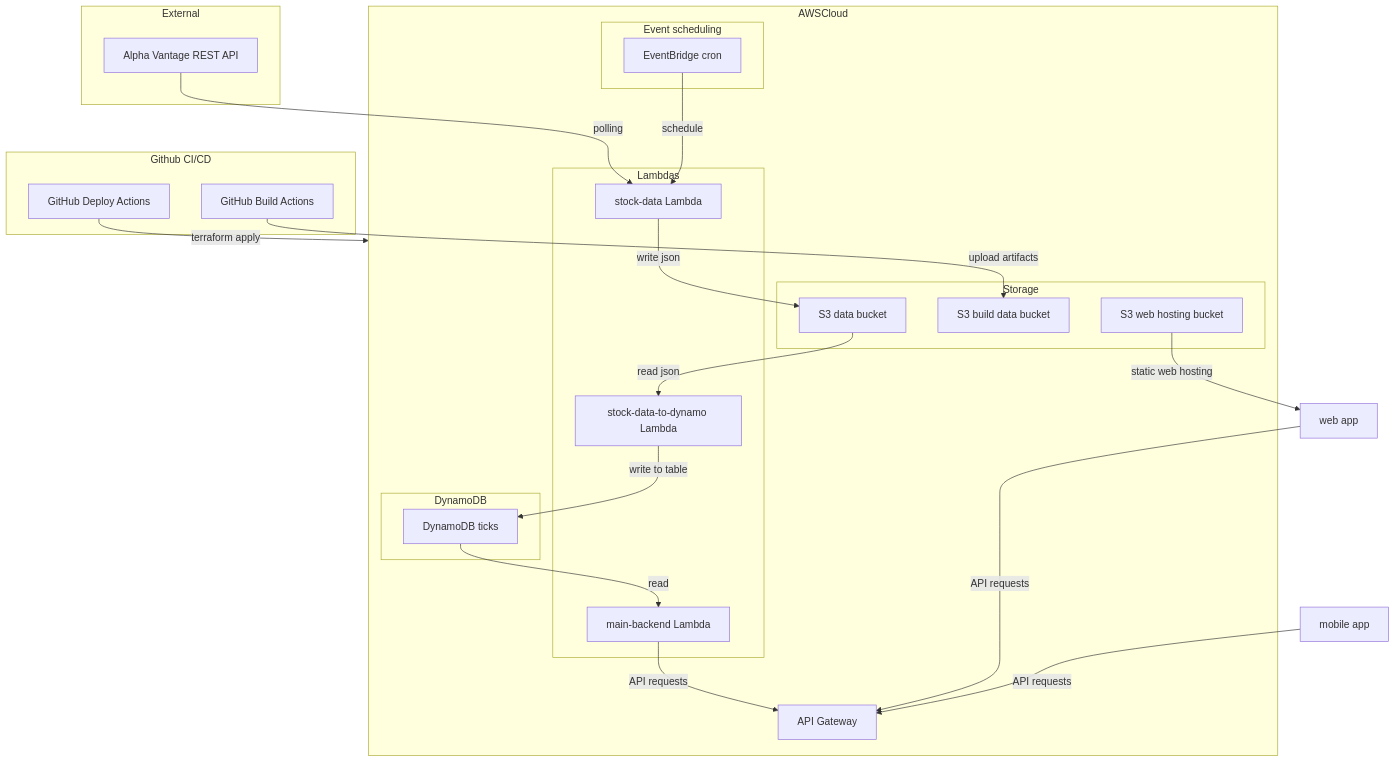
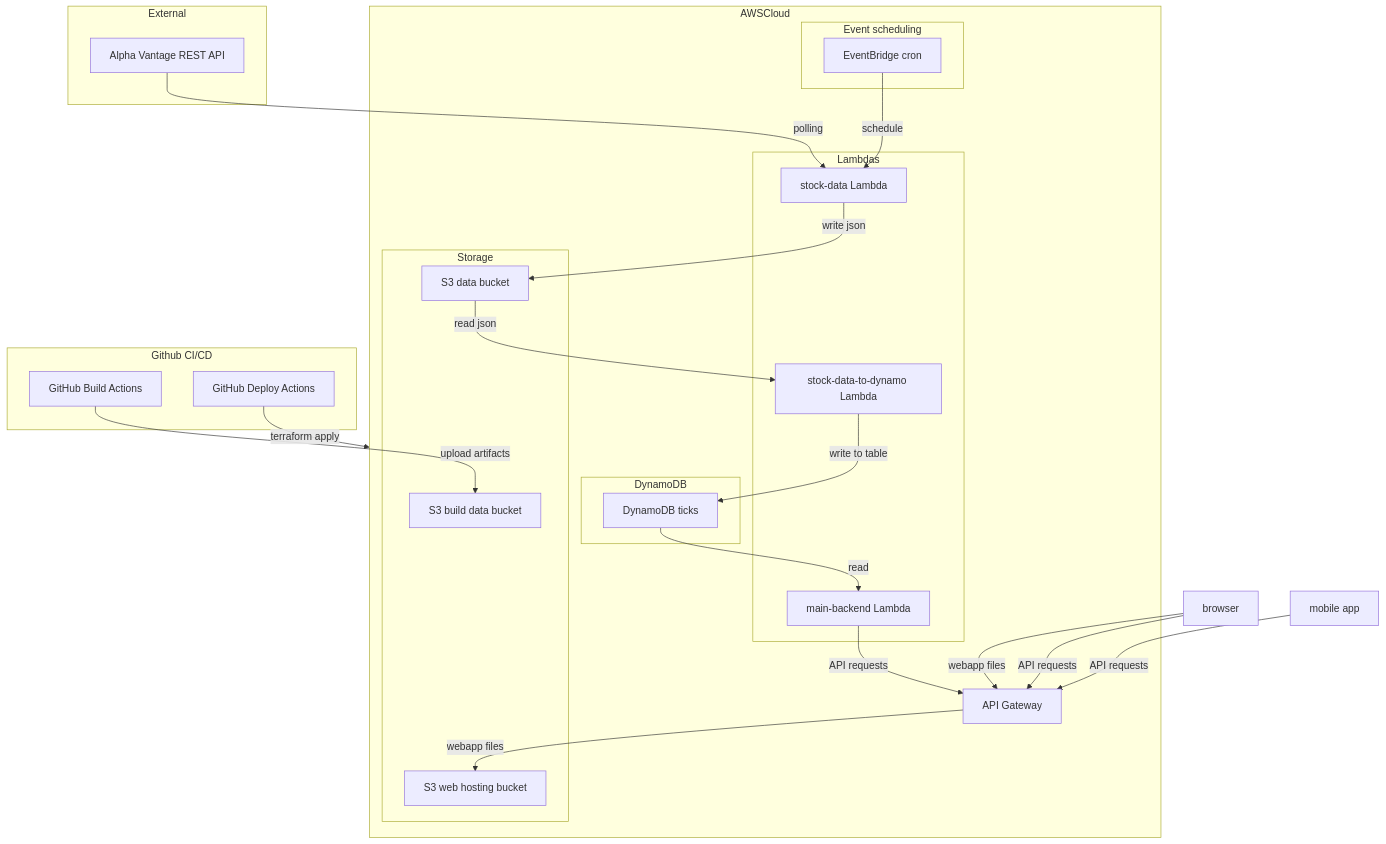
The diagram in profile/README.md (mss-showcase/.github), drawn with Mermaid before and after one commit.

Commit message:
infra diagram update

````diff
--- a/profile/README.md
+++ b/profile/README.md
@@ -25,50 +25,51 @@
 ```mermaid
 flowchart TB
   subgraph "External"
     alpha[Alpha Vantage REST API]
   end
 
   subgraph "AWSCloud"
     subgraph "Event scheduling"
       cron[EventBridge cron]
     end
     
     subgraph "Lambdas"
       stock[stock-data Lambda]
       proc[stock-data-to-dynamo Lambda]
       backend[main-backend Lambda]
     end
 
     subgraph "Storage"
       s3data[S3 data bucket]
       s3build[S3 build data bucket]
 	  s3webhosting[S3 web hosting bucket]
+	  
     end
 
     subgraph "DynamoDB"
       dynamo[DynamoDB ticks]
     end
 
     api[API Gateway]
   end
 
   subgraph "Github CI/CD"
     gha_build[GitHub Build Actions]
     gha_deploy[GitHub Deploy Actions]
   end
 
   alpha -->|polling| stock
   cron -->|schedule| stock
   stock -->|write json| s3data
   s3data -->|read json| proc
   proc -->|write to table| dynamo
   dynamo -->|read| backend
   backend -->|API requests| api
-  s3webhosting --> |static web hosting| webfrontend[web app]
 
   gha_build -->|upload artifacts| s3build
   gha_deploy -->|terraform apply| AWSCloud
-
-  webfrontend -->|API requests| api
+  api -->|webapp files|s3webhosting
+  browser -->|webapp files| api
+  browser -->|API requests| api
   mobilefrontend[mobile app] -->|API requests| api
 ```
````
